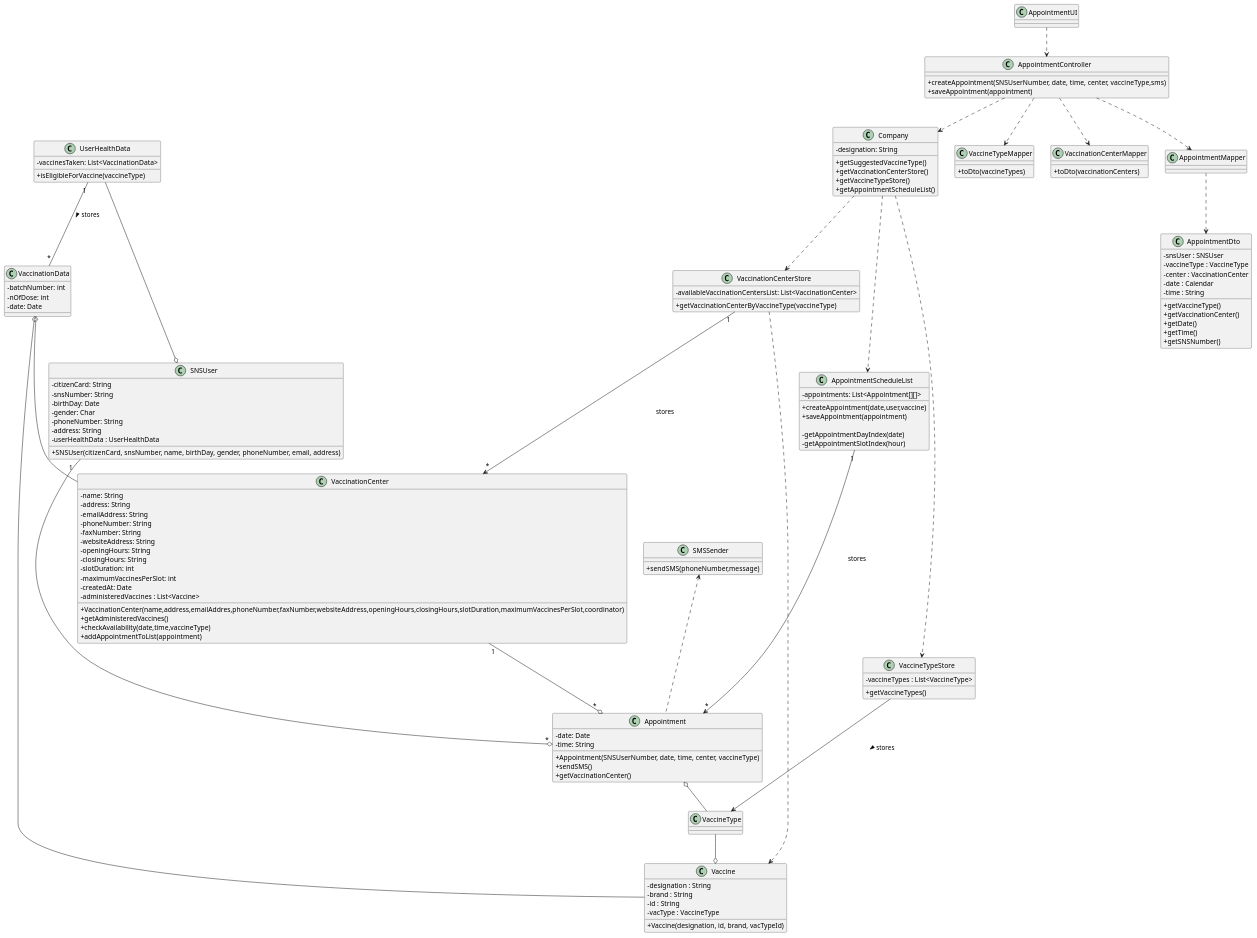
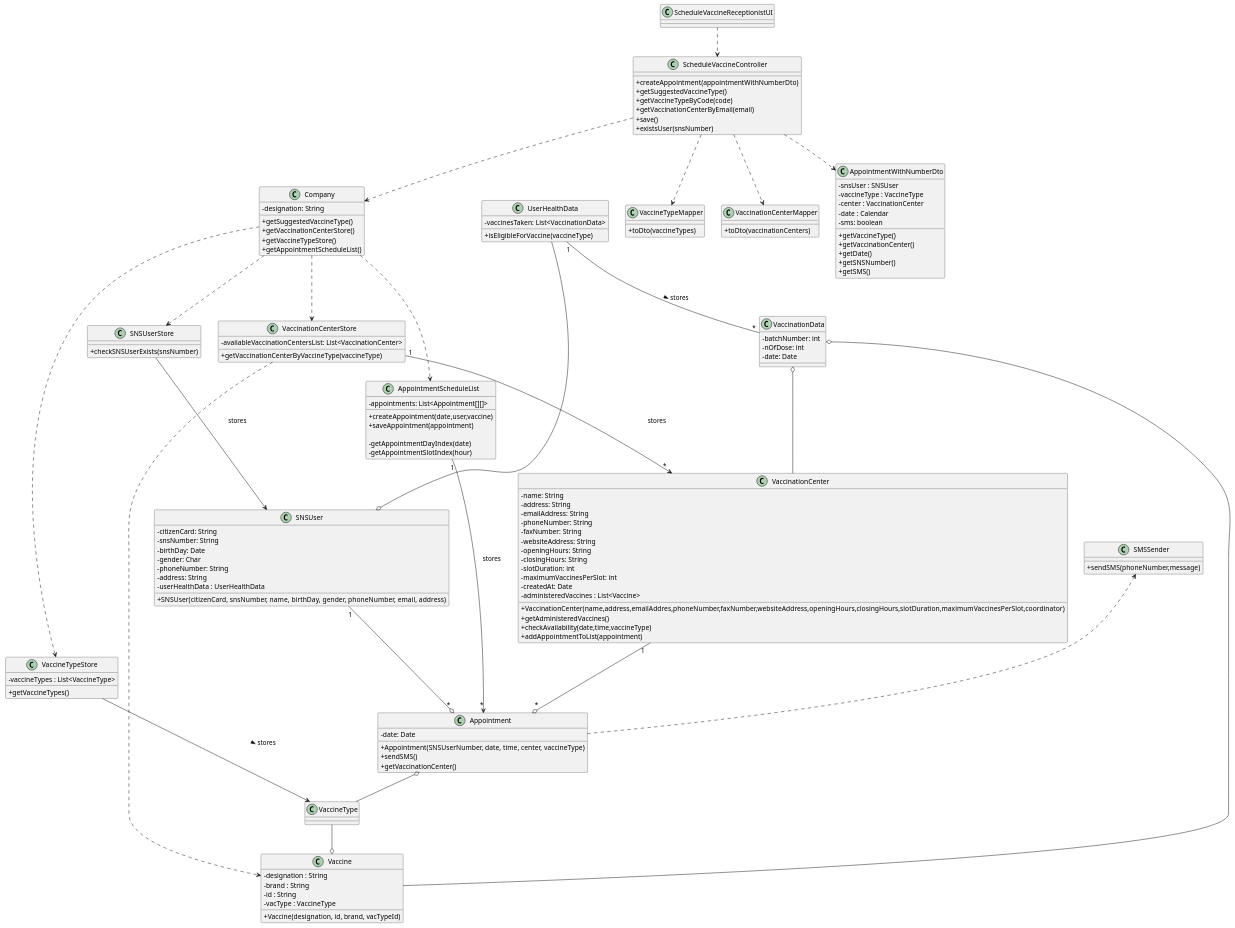
One commit to miseEnPlace-i/lapr2 changed the diagram in docs/SprintC/US02/CD/US02_CD.puml. Above: the diagram before and after it, drawn with PlantUML.

Commit message:
docs(US02): updated CD (changed classes names, added new methods)

```diff
--- a/docs/SprintC/US02/CD/US02_CD.puml
+++ b/docs/SprintC/US02/CD/US02_CD.puml
@@ -1,148 +1,153 @@
 @startuml US02_CD
 skinparam classAttributeIconSize 0
 
 class Appointment {
   - date: Date
-  - time: String
   +Appointment(SNSUserNumber, date, time, center, vaccineType)
   +sendSMS()
   +getVaccinationCenter()
 }
 
 class AppointmentScheduleList {
   -appointments: List<Appointment[][]>
   +createAppointment(date,user,vaccine)
   +saveAppointment(appointment)
 
   -getAppointmentDayIndex(date)
   -getAppointmentSlotIndex(hour)
 }
 
 class Vaccine   {
   -designation : String
   -brand : String
   -id : String
   -vacType : VaccineType
 
   +Vaccine(designation, id, brand, vacTypeId)
 }
 
-class AppointmentUI {}
+class ScheduleVaccineReceptionistUI {}
 
-class AppointmentController {
-  +createAppointment(SNSUserNumber, date, time, center, vaccineType,sms)
-  +saveAppointment(appointment)
+class ScheduleVaccineController {
+  +createAppointment(appointmentWithNumberDto)
+  +getSuggestedVaccineType()
+  +getVaccineTypeByCode(code)
+  +getVaccinationCenterByEmail(email)
+  +save()
+  +existsUser(snsNumber)
 }
 
 class Company {
   -designation: String
   +getSuggestedVaccineType()
   +getVaccinationCenterStore()
   +getVaccineTypeStore()
   +getAppointmentScheduleList()
 }
 
 class SNSUser {
   - citizenCard: String 
   - snsNumber: String 
   - birthDay: Date 
   - gender: Char
   - phoneNumber: String 
   - address: String
   - userHealthData : UserHealthData
   + SNSUser(citizenCard, snsNumber, name, birthDay, gender, phoneNumber, email, address)
   }
 
 class UserHealthData {
  - vaccinesTaken: List<VaccinationData>
  +isEligibleForVaccine(vaccineType)
 }
 
 class VaccinationData {
   - batchNumber: int
   - nOfDose: int
   - date: Date
 }
 
 class VaccinationCenter{
   - name: String
   - address: String
   - emailAddress: String
   - phoneNumber: String
   - faxNumber: String
   - websiteAddress: String
   - openingHours: String
   - closingHours: String
   - slotDuration: int
   - maximumVaccinesPerSlot: int
   - createdAt: Date
   - administeredVaccines : List<Vaccine>
   +VaccinationCenter(name,address,emailAddres,phoneNumber,faxNumber,websiteAddress,openingHours,closingHours,slotDuration,maximumVaccinesPerSlot,coordinator)
   +getAdministeredVaccines()
   +checkAvailability(date,time,vaccineType)
   +addAppointmentToList(appointment)
 }
 
 class VaccinationCenterStore {
 -availableVaccinationCentersList: List<VaccinationCenter>
 +getVaccinationCenterByVaccineType(vaccineType)
 }
 
 class VaccineType {}
 
 class VaccineTypeStore {
   -vaccineTypes : List<VaccineType>
   +getVaccineTypes()
 }
 
 class SMSSender {
   +sendSMS(phoneNumber,message)
 }
 
 class VaccineTypeMapper {
 +toDto(vaccineTypes)
 }
 
 class VaccinationCenterMapper {
   +toDto(vaccinationCenters)
 }
 
-class AppointmentDto {
+class AppointmentWithNumberDto {
   -snsUser : SNSUser
   -vaccineType : VaccineType
   -center : VaccinationCenter
   -date : Calendar
-  -time : String
+  -sms: boolean
   +getVaccineType()
   +getVaccinationCenter()
   +getDate()
-  +getTime()
   +getSNSNumber()
+  +getSMS()
 }
 
-class AppointmentMapper {}
+class SNSUserStore {
+  +checkSNSUserExists(snsNumber)                           
+}
 
-AppointmentUI ..> AppointmentController
-AppointmentController ..> Company
+ScheduleVaccineReceptionistUI ..> ScheduleVaccineController
+ScheduleVaccineController ..> Company
 Company ..> VaccinationCenterStore
 Company ..> VaccineTypeStore
 Company ..> AppointmentScheduleList
+Company ..> SNSUserStore
 VaccinationCenterStore "1" --> "*" VaccinationCenter : stores
 VaccinationCenter "1" --o "*" Appointment
 SNSUser "1" --o "*" Appointment
 AppointmentScheduleList "1" --> "*" Appointment : stores
 VaccinationData o-- Vaccine
 VaccinationData o--  VaccinationCenter
 UserHealthData  --o SNSUser
 UserHealthData "1" -- "*" VaccinationData : stores >
 Appointment o-- VaccineType
 SMSSender <.. Appointment
 VaccineType --o Vaccine 
 VaccinationCenterStore ..> Vaccine
-AppointmentMapper ..> AppointmentDto
-AppointmentController ..> AppointmentMapper
-AppointmentController ..> VaccinationCenterMapper
-AppointmentController ..> VaccineTypeMapper 
+ScheduleVaccineController ..> AppointmentWithNumberDto
+ScheduleVaccineController ..> VaccinationCenterMapper
+ScheduleVaccineController ..> VaccineTypeMapper 
 VaccineTypeStore --> VaccineType : stores > 
-
+SNSUserStore --> SNSUser : stores
 @enduml
```
